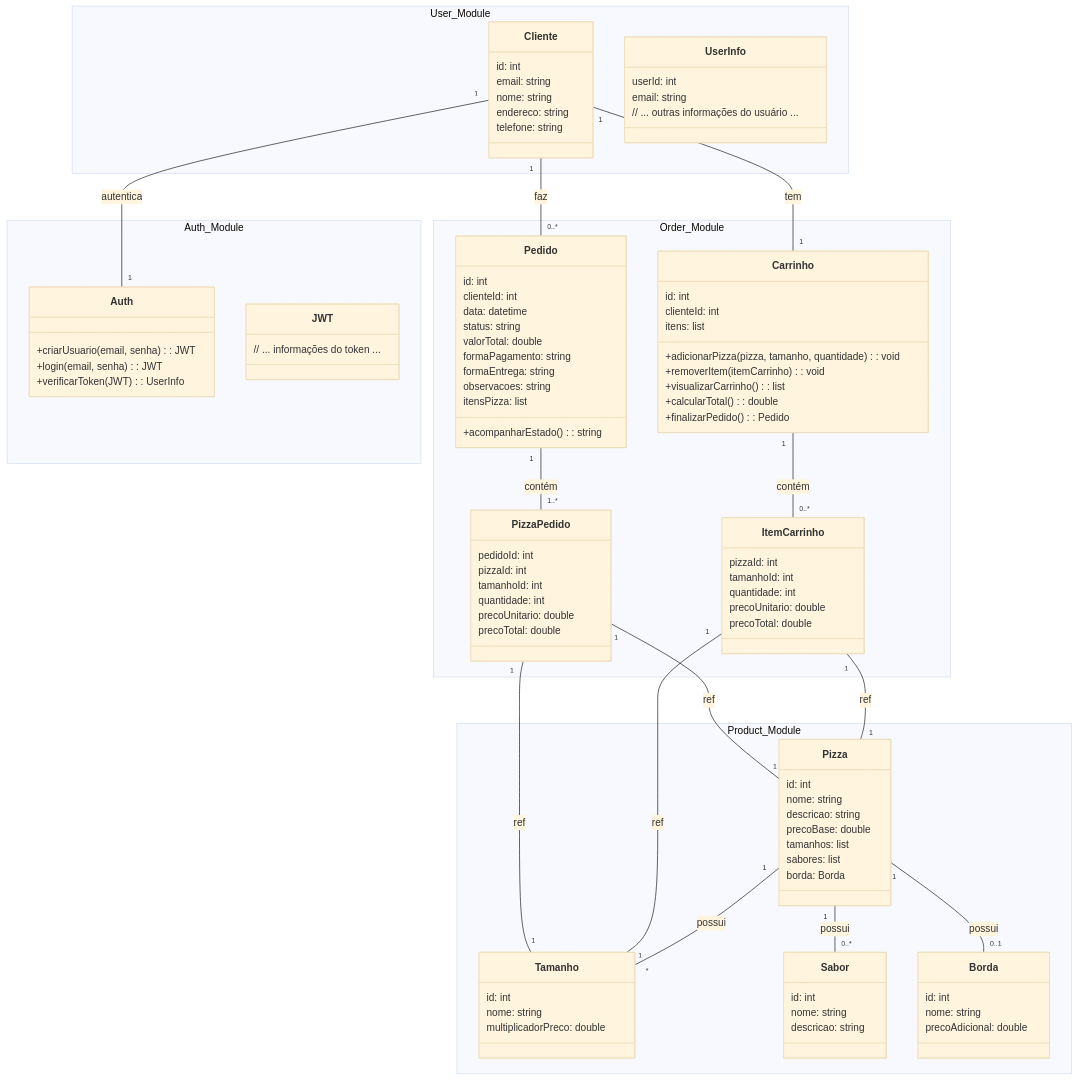
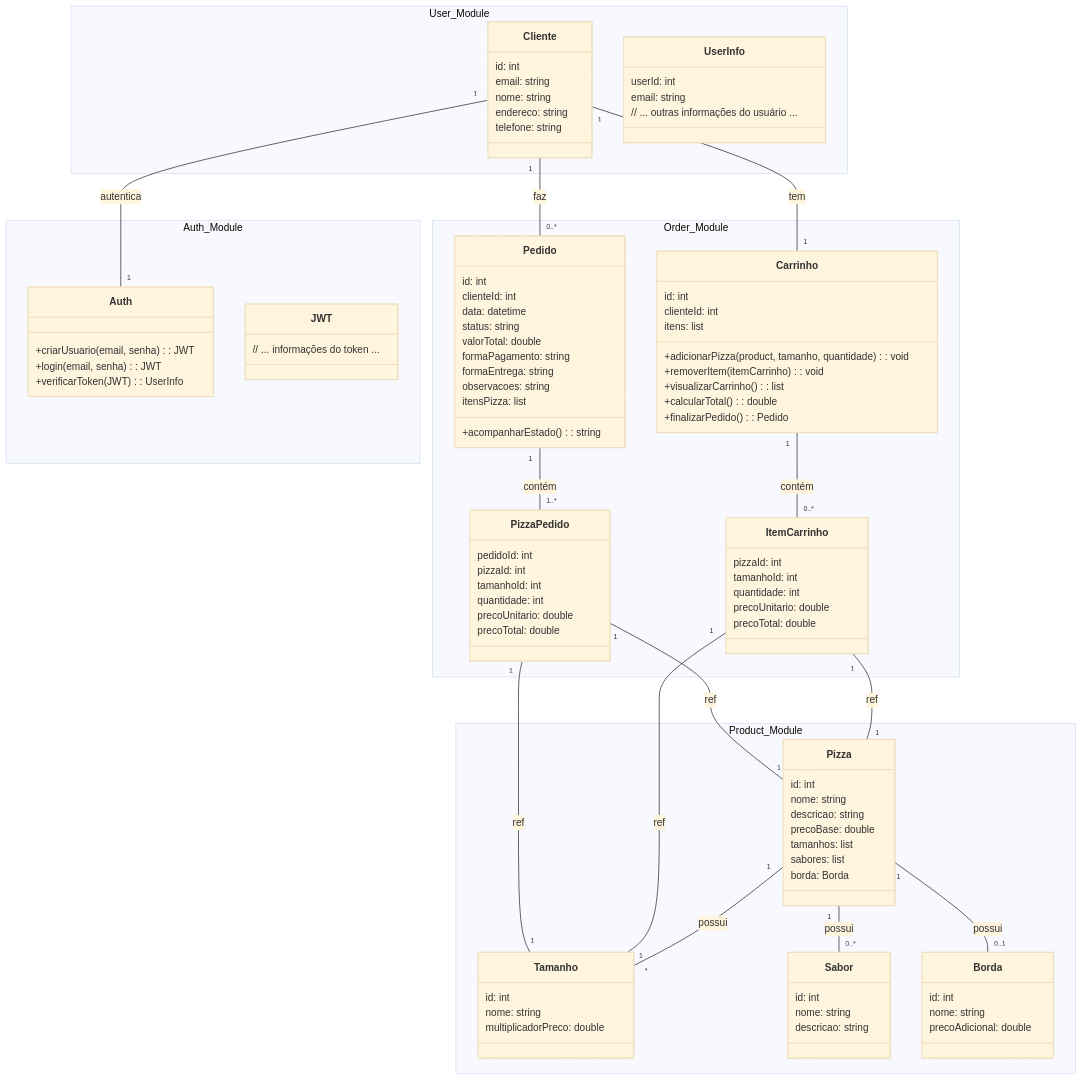
One commit to Hyuse98/pizza-ordering-backend changed the diagram in README.md. Above: the diagram before and after it, drawn with Mermaid (base theme). The commit also changed other lines of this file, not shown here.

`````diff
--- a/README.md
+++ b/README.md
@@ -5,4 +84,4 @@
-````mermaid
+```mermaid
 classDiagram
 
 namespace Auth_Module{
@@ -38,7 +117,7 @@
             id: int
             clienteId: int
             itens: list<ItemCarrinho>
-            +adicionarPizza(pizza, tamanho, quantidade): void
+            +adicionarPizza(product, tamanho, quantidade): void
             +removerItem(itemCarrinho): void
             +visualizarCarrinho(): list<ItemCarrinho>
             +calcularTotal(): double
@@ -112,5 +191,4 @@
     PizzaPedido "1" -- "1" Pizza: ref
     PizzaPedido "1" -- "1" Tamanho: ref
     Cliente "1" -- "1" Auth: autentica
-
-````
+```
`````
